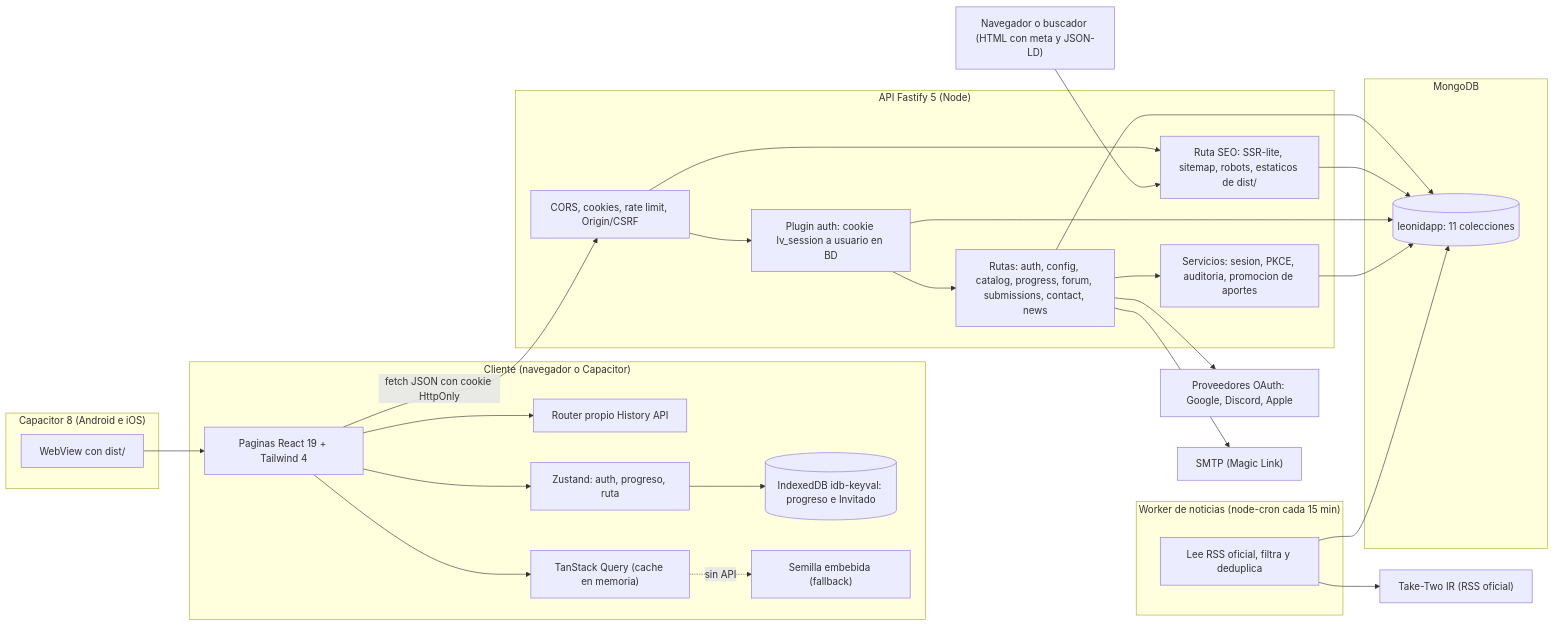
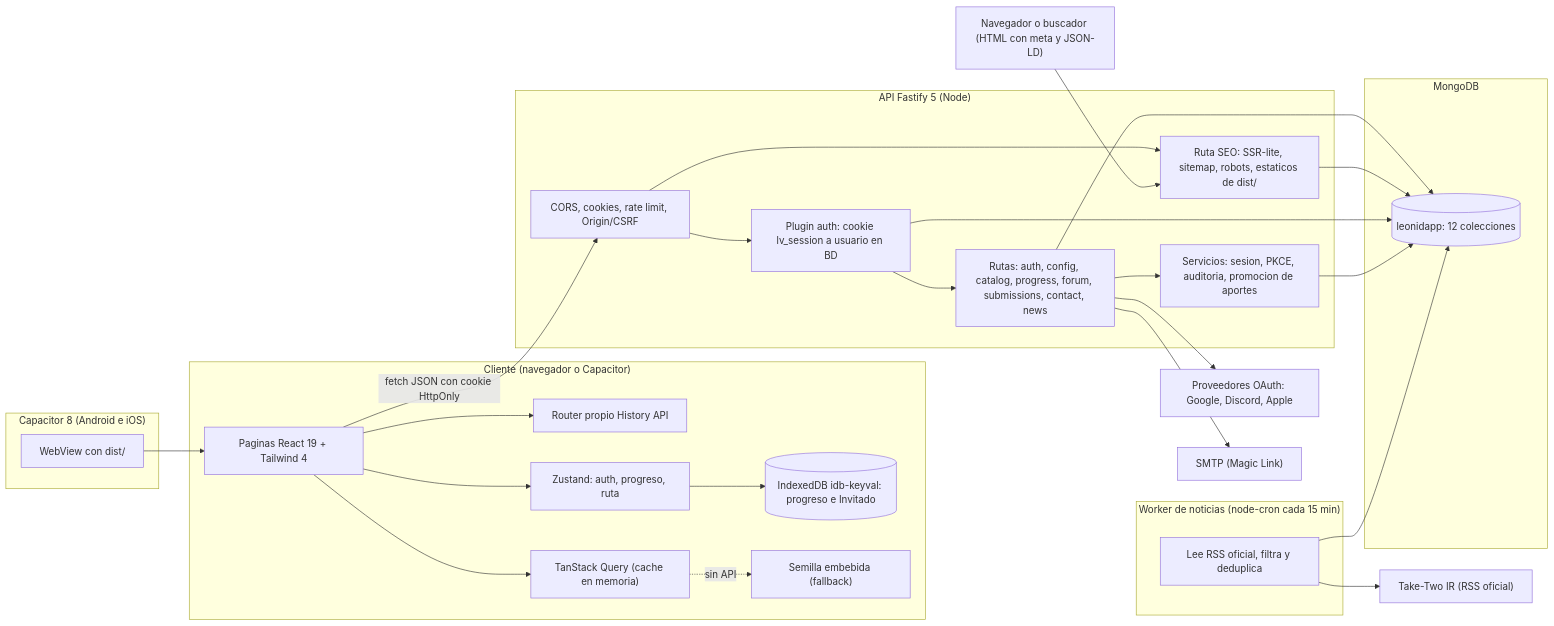
The first of 19 diagrams in docs/LeonidApp-Documentacion-Completa.md (Juanesnkrs/Atlas-Vice), drawn with Mermaid before and after one commit. The commit also changed other lines of this file and 4 other files, not shown here.

````diff
--- a/docs/LeonidApp-Documentacion-Completa.md
+++ b/docs/LeonidApp-Documentacion-Completa.md
@@ -337,55 +338,55 @@
 ```mermaid
 flowchart LR
   subgraph Cliente["Cliente (navegador o Capacitor)"]
     UI["Paginas React 19 + Tailwind 4"]
     RT["Router propio History API"]
     ZS["Zustand: auth, progreso, ruta"]
     TQ["TanStack Query (cache en memoria)"]
     IDB[("IndexedDB idb-keyval: progreso e Invitado")]
     SEED["Semilla embebida (fallback)"]
     UI --> RT
     UI --> ZS
     UI --> TQ
     ZS --> IDB
     TQ -.sin API.-> SEED
   end
 
   subgraph Nativo["Capacitor 8 (Android e iOS)"]
     CAP["WebView con dist/"]
   end
 
   subgraph Servidor["API Fastify 5 (Node)"]
     MW["CORS, cookies, rate limit, Origin/CSRF"]
     AUTH["Plugin auth: cookie lv_session a usuario en BD"]
     RUTAS["Rutas: auth, config, catalog, progress, forum, submissions, contact, news"]
     SSR["Ruta SEO: SSR-lite, sitemap, robots, estaticos de dist/"]
     SVC["Servicios: sesion, PKCE, auditoria, promocion de aportes"]
     MW --> AUTH --> RUTAS --> SVC
     MW --> SSR
   end
 
   subgraph Datos["MongoDB"]
-    DB[("leonidapp: 11 colecciones")]
+    DB[("leonidapp: 12 colecciones")]
   end
 
   subgraph Worker["Worker de noticias (node-cron cada 15 min)"]
     W["Lee RSS oficial, filtra y deduplica"]
   end
 
   EXT1["Proveedores OAuth: Google, Discord, Apple"]
   EXT2["SMTP (Magic Link)"]
   EXT3["Take-Two IR (RSS oficial)"]
   CRAWL["Navegador o buscador (HTML con meta y JSON-LD)"]
 
   UI -- "fetch JSON con cookie HttpOnly" --> MW
   CAP --> UI
   RUTAS --> DB
   SSR --> DB
   AUTH --> DB
   SVC --> DB
   W --> DB
   W --> EXT3
   RUTAS --> EXT1
   RUTAS --> EXT2
   CRAWL --> SSR
 ```
````
